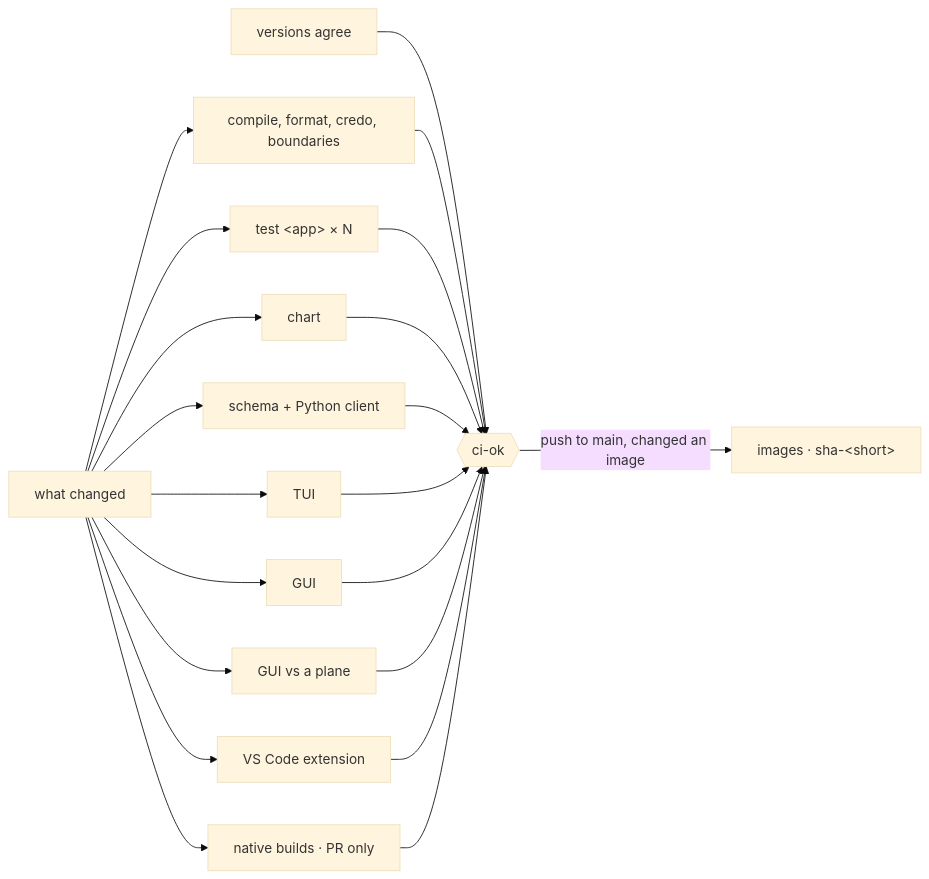
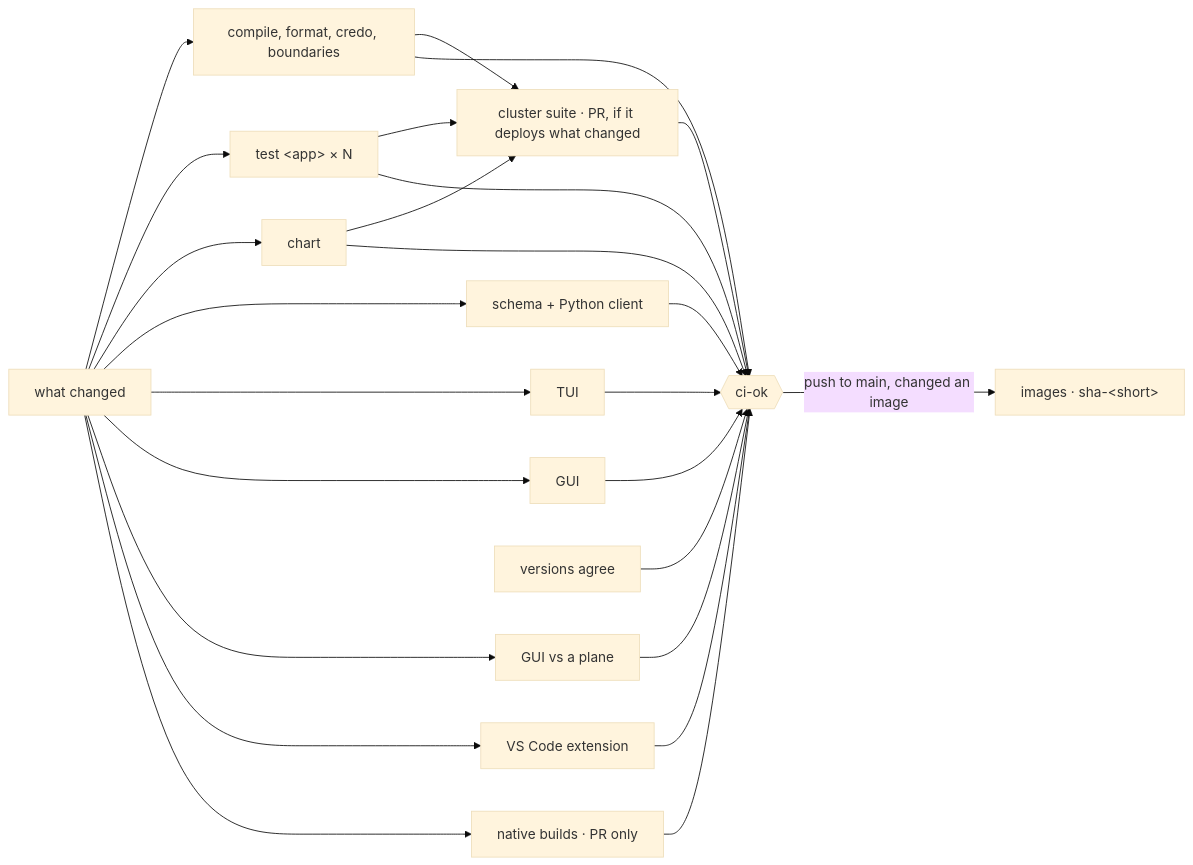
One commit to it-minds/troupe changed the second of 4 diagrams in docs/developer/ci.md. Above: the diagram before and after it, drawn with Mermaid (base theme). The commit also changed other lines of this file and 9 other files, not shown here.

````diff
--- a/docs/developer/ci.md
+++ b/docs/developer/ci.md
@@ -69,9 +71,10 @@
 ```mermaid
 flowchart LR
   changes[what changed] --> lint[compile, format, credo, boundaries]
   changes --> test["test &lt;app&gt; × N"]
   changes --> chart & protocol[schema + Python client] & tui[TUI] & gui[GUI] & e2e[GUI vs a plane] & vscode[VS Code extension] & native[native builds · PR only]
+  lint & test & chart --> cluster[cluster suite · PR, if it deploys what changed]
   versions[versions agree] --> ok
-  lint & test & chart & protocol & tui & gui & e2e & vscode & native --> ok{{ci-ok}}
+  lint & test & chart & protocol & tui & gui & e2e & vscode & native & cluster --> ok{{ci-ok}}
   ok -->|push to main, changed an image| images[images · sha-&lt;short&gt;]
 ```
````
